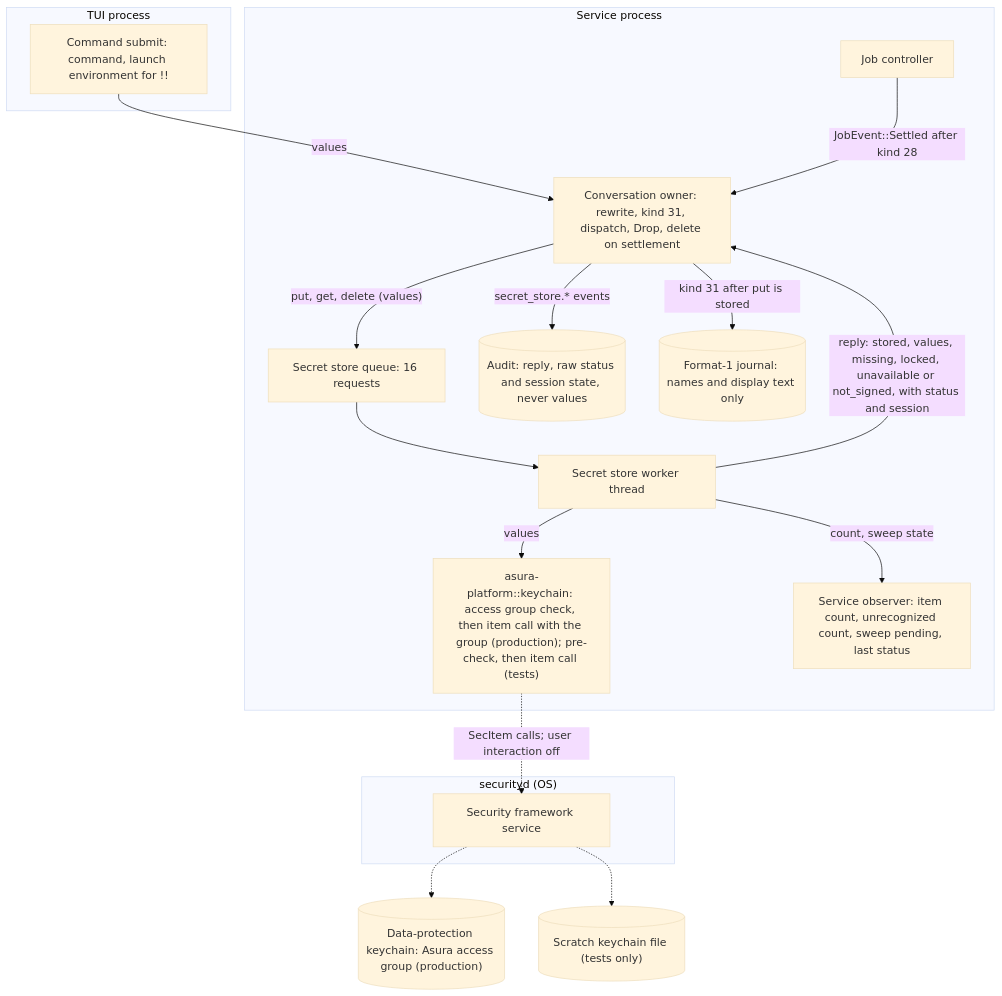
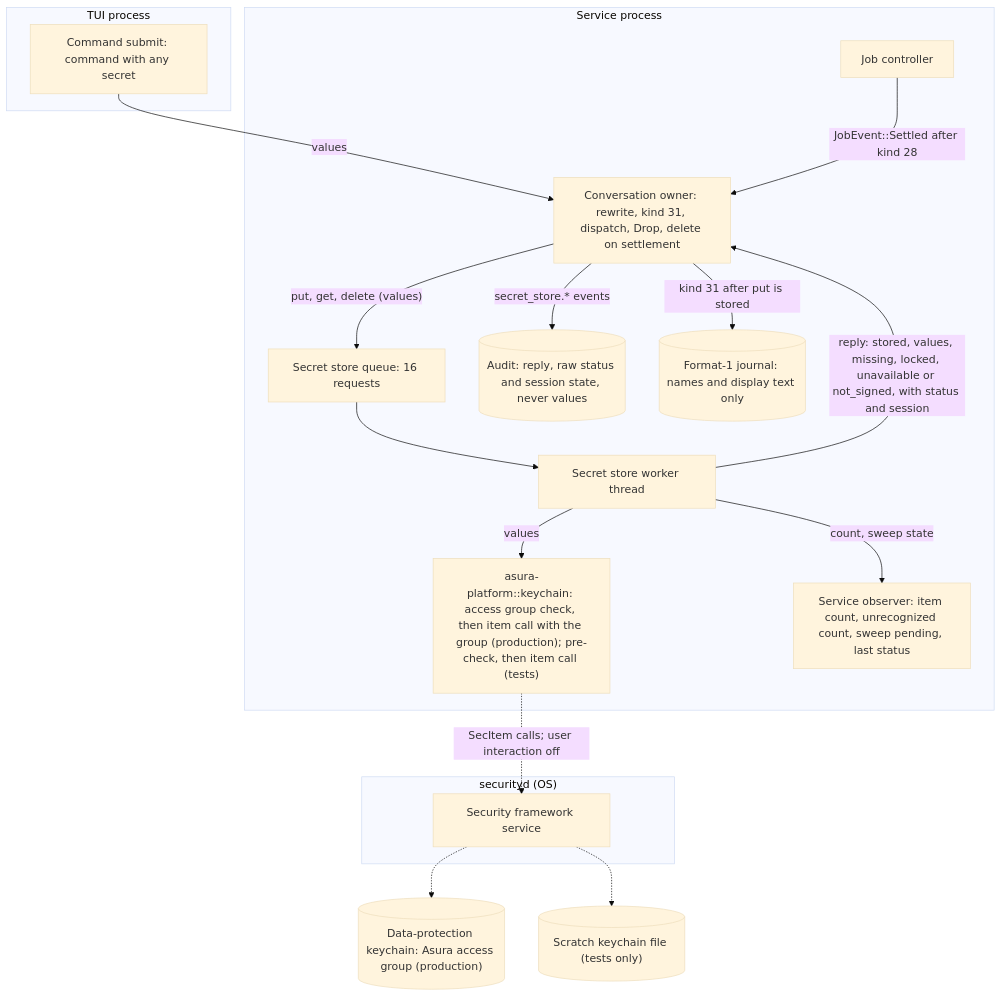
The first of 4 diagrams in docs/designs/secret-store.md (pidster/asura), drawn with Mermaid (base theme) before and after one commit. The commit also changed other lines of this file and 9 other files, not shown here.

````diff
--- a/docs/designs/secret-store.md
+++ b/docs/designs/secret-store.md
@@ -194,33 +205,33 @@
 ```mermaid
 flowchart TB
     subgraph TUIP["TUI process"]
-        Sub["Command submit: command, launch environment for !!"]
+        Sub["Command submit: command with any secret"]
     end
     subgraph SVC["Service process"]
         Own["Conversation owner: rewrite, kind 31, dispatch, Drop, delete on settlement"]
         Ctl["Job controller"]
         Q["Secret store queue: 16 requests"]
         W["Secret store worker thread"]
         KC["asura-platform::keychain: access group check, then item call with the group (production); pre-check, then item call (tests)"]
         Obs["Service observer: item count, unrecognized count, sweep pending, last status"]
         A[("Audit: reply, raw status and session state, never values")]
         J[("Format-1 journal: names and display text only")]
     end
     subgraph SD["securityd (OS)"]
         Sec["Security framework service"]
     end
     LK[("Data-protection keychain: Asura access group (production)")]
     SK[("Scratch keychain file (tests only)")]
     Sub -->|"values"| Own
     Own -->|"put, get, delete (values)"| Q
     Ctl -->|"JobEvent::Settled after kind 28"| Own
     Q --> W
     W -->|"values"| KC
     KC -.->|"SecItem calls; user interaction off"| Sec
     Sec -.-> LK
     Sec -.-> SK
     W -->|"reply: stored, values, missing, locked, unavailable or not_signed, with status and session"| Own
     W -->|"count, sweep state"| Obs
     Own -->|"kind 31 after put is stored"| J
     Own -->|"secret_store.* events"| A
 ```
````
